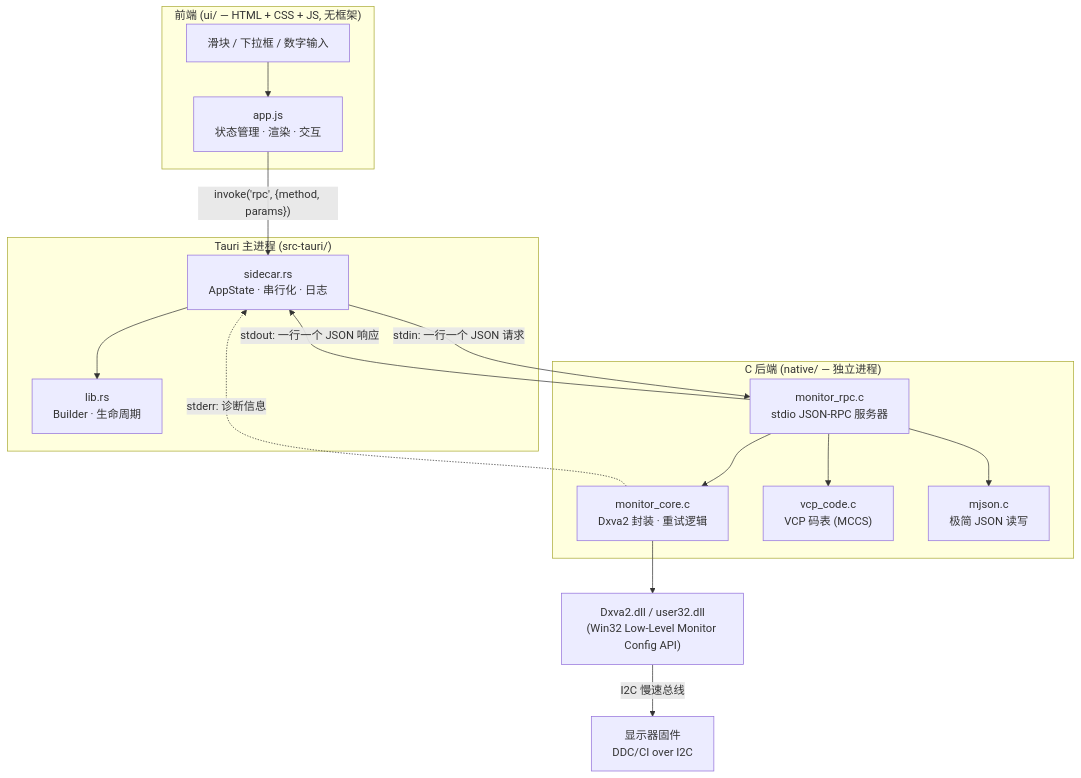
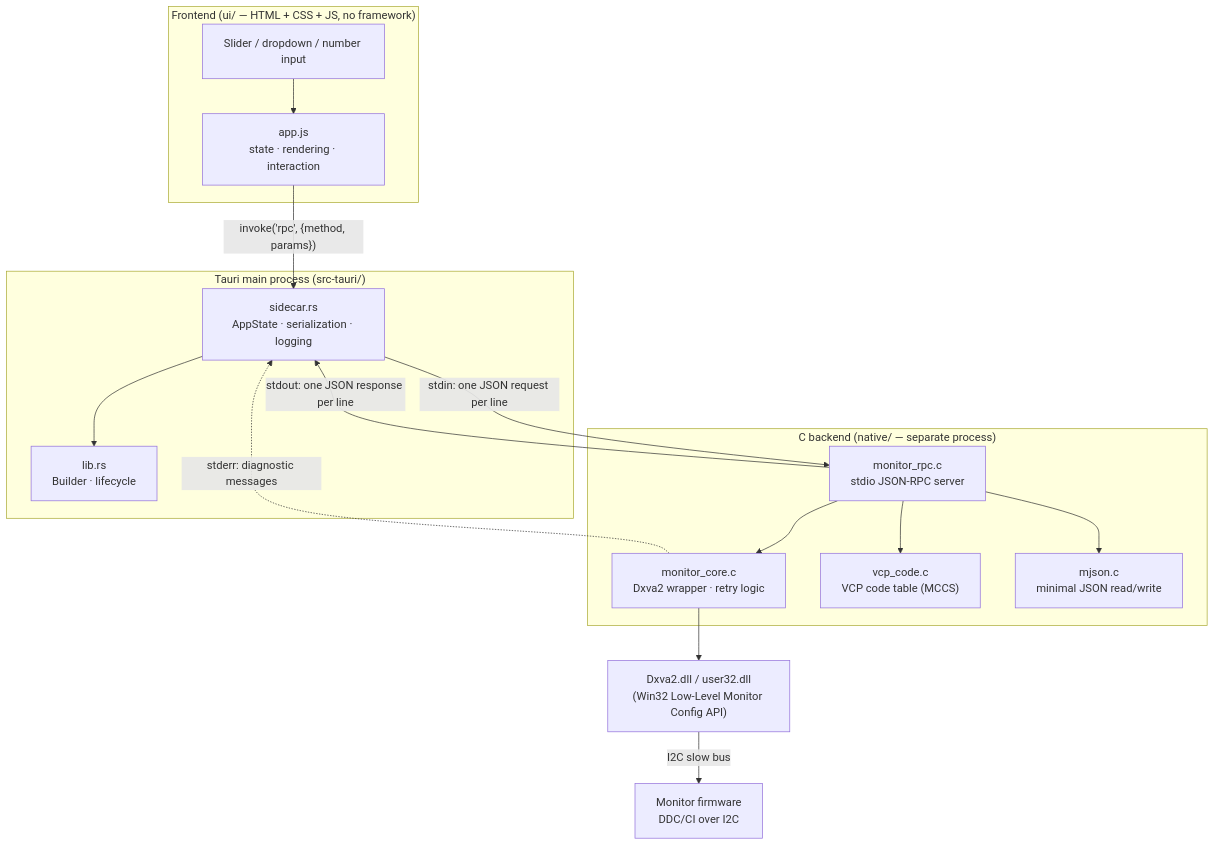
Before and after one commit to TongenShen/monitor-ctrl-tauri: the diagram in README.md, drawn with Mermaid. The commit also changed other lines of this file and 1 other file, not shown here.

````diff
--- a/README.md
+++ b/README.md
@@ -97,34 +105,34 @@
 ```mermaid
 flowchart TD
-    subgraph Frontend["前端 (ui/ — HTML + CSS + JS, 无框架)"]
-        A["滑块 / 下拉框 / 数字输入"]
-        B["app.js<br/>状态管理 · 渲染 · 交互"]
+    subgraph Frontend["Frontend (ui/ — HTML + CSS + JS, no framework)"]
+        A["Slider / dropdown / number input"]
+        B["app.js<br/>state · rendering · interaction"]
     end
 
-    subgraph Rust["Tauri 主进程 (src-tauri/)"]
-        C["lib.rs<br/>Builder · 生命周期"]
-        D["sidecar.rs<br/>AppState · 串行化 · 日志"]
+    subgraph Rust["Tauri main process (src-tauri/)"]
+        C["lib.rs<br/>Builder · lifecycle"]
+        D["sidecar.rs<br/>AppState · serialization · logging"]
     end
 
-    subgraph Backend["C 后端 (native/ — 独立进程)"]
-        E["monitor_rpc.c<br/>stdio JSON-RPC 服务器"]
-        F["monitor_core.c<br/>Dxva2 封装 · 重试逻辑"]
-        G["vcp_code.c<br/>VCP 码表 (MCCS)"]
-        H["mjson.c<br/>极简 JSON 读写"]
+    subgraph Backend["C backend (native/ — separate process)"]
+        E["monitor_rpc.c<br/>stdio JSON-RPC server"]
+        F["monitor_core.c<br/>Dxva2 wrapper · retry logic"]
+        G["vcp_code.c<br/>VCP code table (MCCS)"]
+        H["mjson.c<br/>minimal JSON read/write"]
     end
 
     I["Dxva2.dll / user32.dll<br/>(Win32 Low-Level Monitor Config API)"]
-    J["显示器固件<br/>DDC/CI over I2C"]
+    J["Monitor firmware<br/>DDC/CI over I2C"]
 
     A --> B
     B -->|"invoke('rpc', {method, params})"| D
     D --> C
-    D -->|"stdin: 一行一个 JSON 请求"| E
-    E -->|"stdout: 一行一个 JSON 响应"| D
+    D -->|"stdin: one JSON request per line"| E
+    E -->|"stdout: one JSON response per line"| D
     E --> F
     E --> G
     E --> H
     F --> I
-    I -->|"I2C 慢速总线"| J
-    F -.->|"stderr: 诊断信息"| D
+    I -->|"I2C slow bus"| J
+    F -.->|"stderr: diagnostic messages"| D
 ```
````
